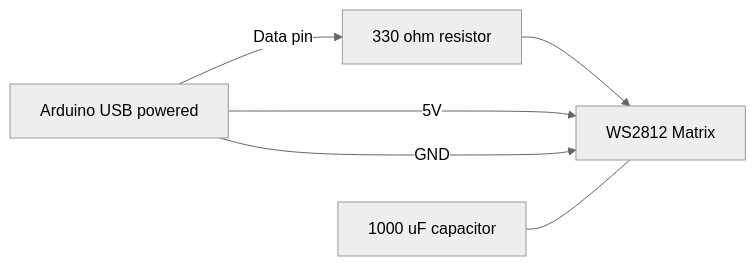
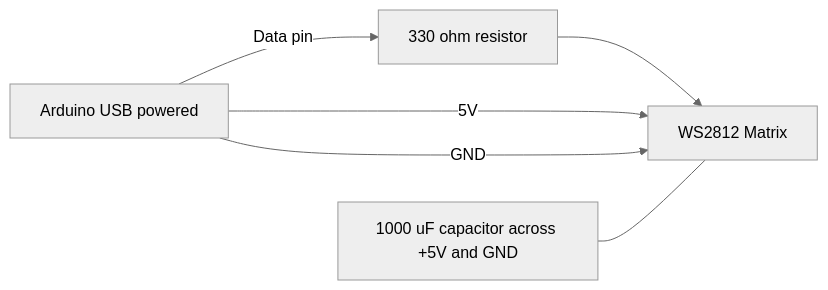
Before and after one commit to timnickel/250-yeaars-usa: the third of 4 diagrams in notes/wiring-options.md, drawn with Mermaid (neutral theme). The commit also changed other lines of this file and 1 other file, not shown here.

Commit message:
adds capacitor details

````diff
--- a/notes/wiring-options.md
+++ b/notes/wiring-options.md
@@ -64,12 +67,12 @@
 ```mermaid
 flowchart LR
     A[Arduino USB powered]
     R[330 ohm resistor]
     M[WS2812 Matrix]
-    C[1000 uF capacitor]
+    C[1000 uF capacitor across +5V and GND]
 
     A -- Data pin --> R --> M
     A -- 5V --> M
     A -- GND --> M
     C --- M
 ```
````
